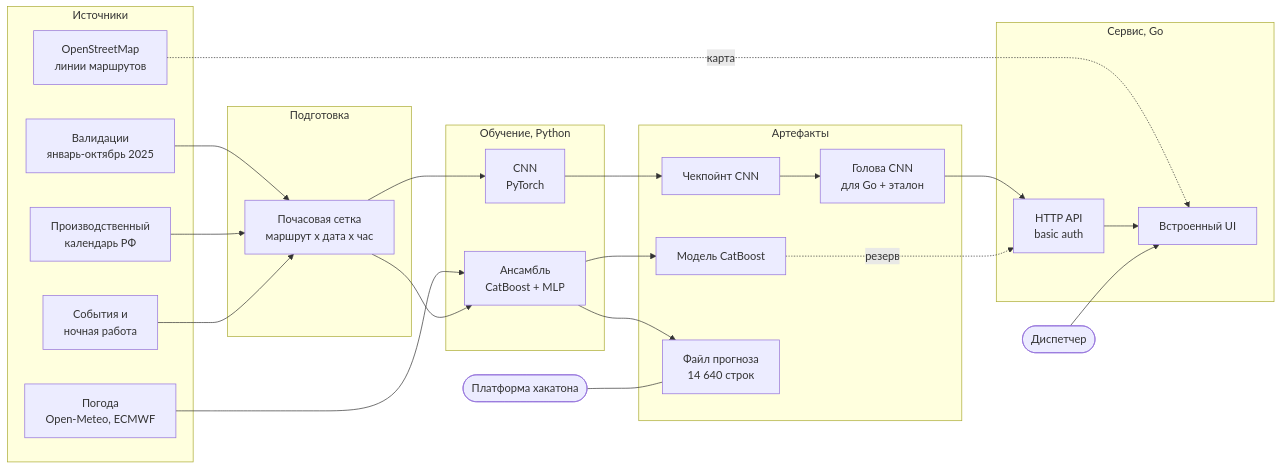
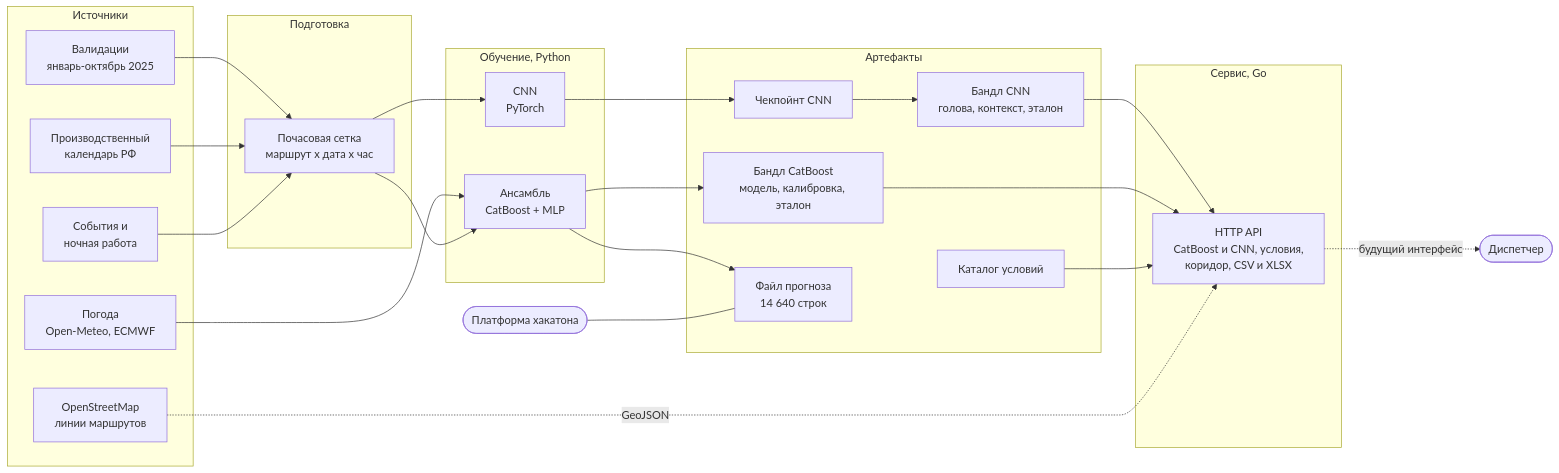
The diagram in final/docs/diagrams/system-overview.mmd (George573/trans_predicting), drawn with Mermaid before and after one commit. The commit also changed 11 other files, not shown here.

Commit message:
docs: redrew the service diagrams for the two-model API

```diff
--- a/final/docs/diagrams/system-overview.mmd
+++ b/final/docs/diagrams/system-overview.mmd
@@ -1,36 +1,36 @@
 flowchart LR
     subgraph SRC[Источники]
         V[Валидации<br/>январь-октябрь 2025]
         CAL[Производственный<br/>календарь РФ]
         EV[События и<br/>ночная работа]
         WX[Погода<br/>Open-Meteo, ECMWF]
         OSM[OpenStreetMap<br/>линии маршрутов]
     end
     subgraph PREP[Подготовка]
         G[Почасовая сетка<br/>маршрут x дата x час]
     end
     subgraph TRAIN[Обучение, Python]
         CNN[CNN<br/>PyTorch]
         ML[Ансамбль<br/>CatBoost + MLP]
     end
     subgraph ART[Артефакты]
         CK[Чекпойнт CNN]
-        HJ[Голова CNN<br/>для Go + эталон]
-        CBM[Модель CatBoost]
+        BC[Бандл CNN<br/>голова, контекст, эталон]
+        BB[Бандл CatBoost<br/>модель, калибровка, эталон]
+        CND[Каталог условий]
         CSV[Файл прогноза<br/>14 640 строк]
     end
     subgraph SVC[Сервис, Go]
-        API[HTTP API<br/>basic auth]
-        UI[Встроенный UI]
+        API[HTTP API<br/>CatBoost и CNN, условия,<br/>коридор, CSV и XLSX]
     end
     V --> G
     CAL --> G
     EV --> G
     WX --> ML
-    G --> CNN --> CK --> HJ --> API
+    G --> CNN --> CK --> BC --> API
     G --> ML --> CSV
-    ML --> CBM -.резерв.-> API
-    OSM -.карта.-> UI
-    API --> UI
-    D([Диспетчер]) --> UI
+    ML --> BB --> API
+    CND --> API
+    OSM -.GeoJSON.-> API
+    API -.будущий интерфейс.-> D([Диспетчер])
     J([Платформа хакатона]) --- CSV
```
